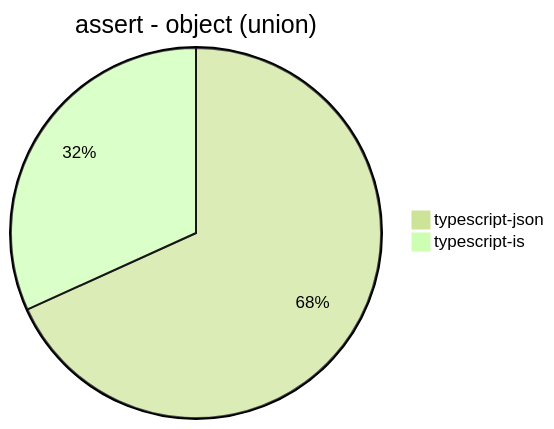
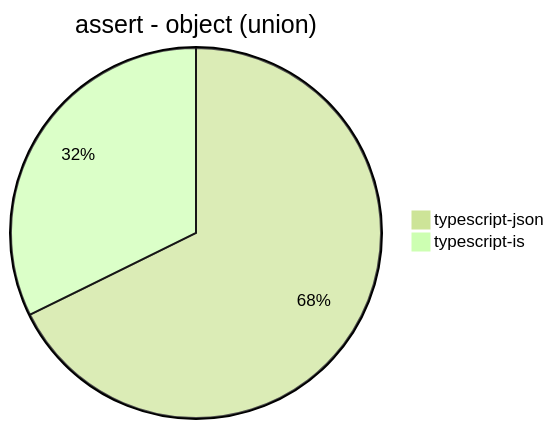
One commit to samchon/typia changed the third of 30 diagrams in benchmark/results/Apple M1 Pro.md. Above: the diagram before and after it, drawn with Mermaid (forest theme). The commit also changed other lines of this file, not shown here.

````diff
--- a/benchmark/results/Apple M1 Pro.md
+++ b/benchmark/results/Apple M1 Pro.md
@@ -31,5 +31,5 @@
 ```mermaid
 pie title assert - object (union)
-  "typescript-json": 4678.333333333333
-  "typescript-is": 2178.7911690191822
+  "typescript-json": 6114.985163204748
+  "typescript-is": 2914.5267791636097
 ```
````
